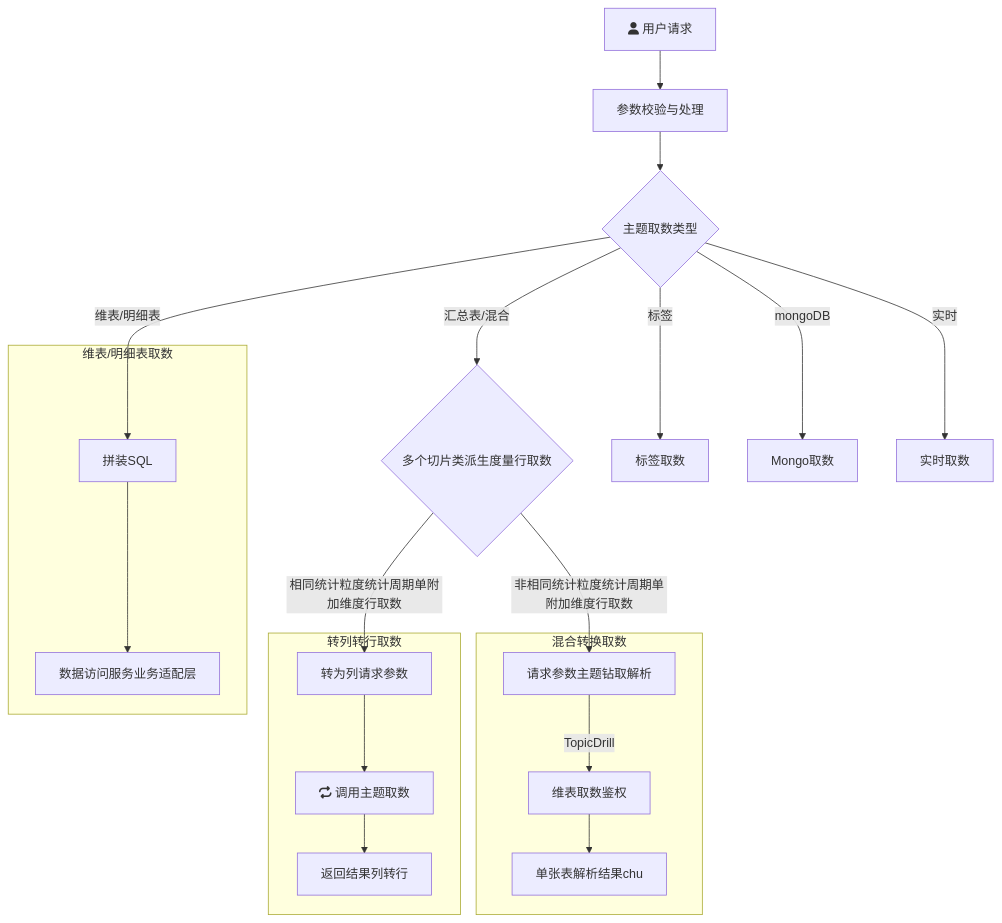
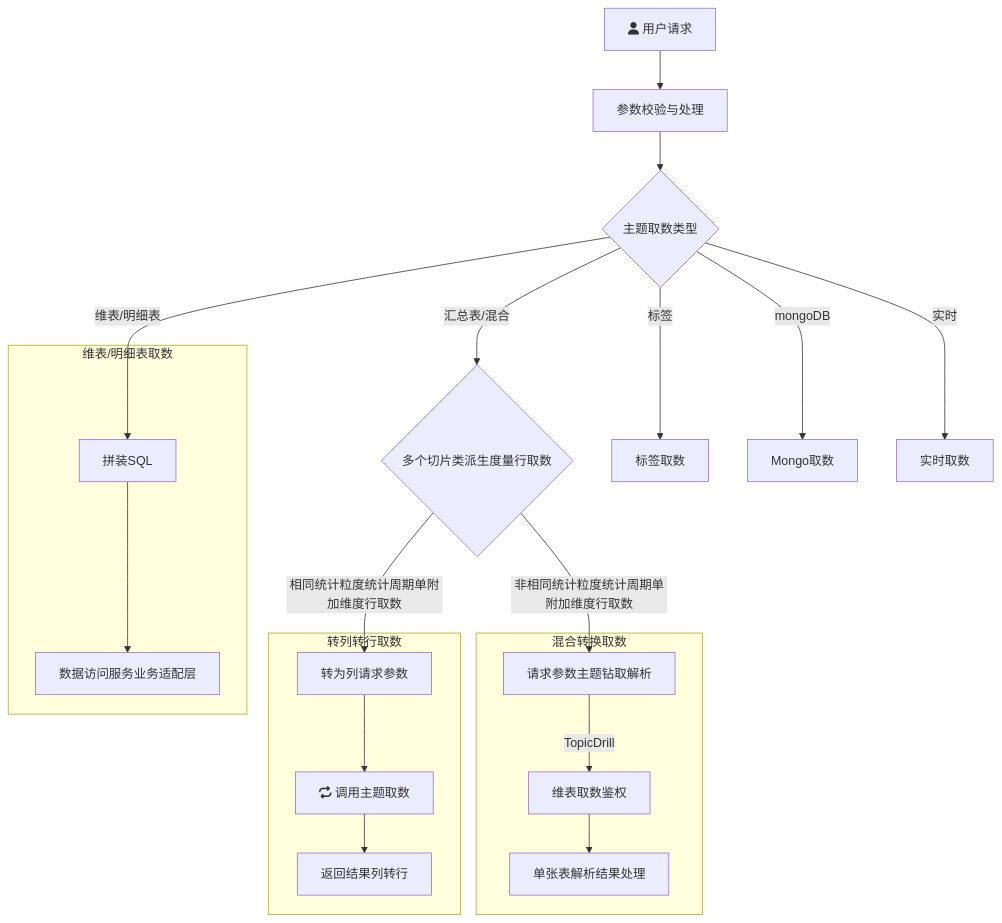
The diagram in all/未命名.md (yanglosm/iodraw-files), drawn with Mermaid before and after one commit.

Commit message:
2024-11-29 18:44:46 update

````diff
--- a/all/未命名.md
+++ b/all/未命名.md
@@ -1,20 +1,21 @@
 ```mermaid
 flowchart TD
     A[fa:fa-user 用户请求] -->A1[参数校验与处理] --> B{主题取数类型}
     B -->|维表/明细表| D[拼装SQL]
     B -->|汇总表/混合| E{多个切片类派生度量行取数}
     B -->|标签| F[标签取数]
     B -->|mongoDB| G[Mongo取数]
     B -->|实时| H[实时取数]
     E -->|相同统计粒度统计周期单附加维度行取数| E1[转为列请求参数]
     E -->|非相同统计粒度统计周期单附加维度行取数| T1[请求参数主题钻取解析]
     subgraph 维表/明细表取数
     D-->D1[数据访问服务业务适配层]
     end
     subgraph 转列转行取数
     E1-->E11[fa:fa-repeat 调用主题取数]-->E12[返回结果列转行]
     end
     subgraph 混合转换取数
-    T1-->|TopicDrill| T2[维表取数鉴权] --> T3[单张表解析结果chu]
+    T1-->|TopicDrill| T2[维表取数鉴权] --> T3[单张表解析结果处理]
     end
+    
 ```
````
